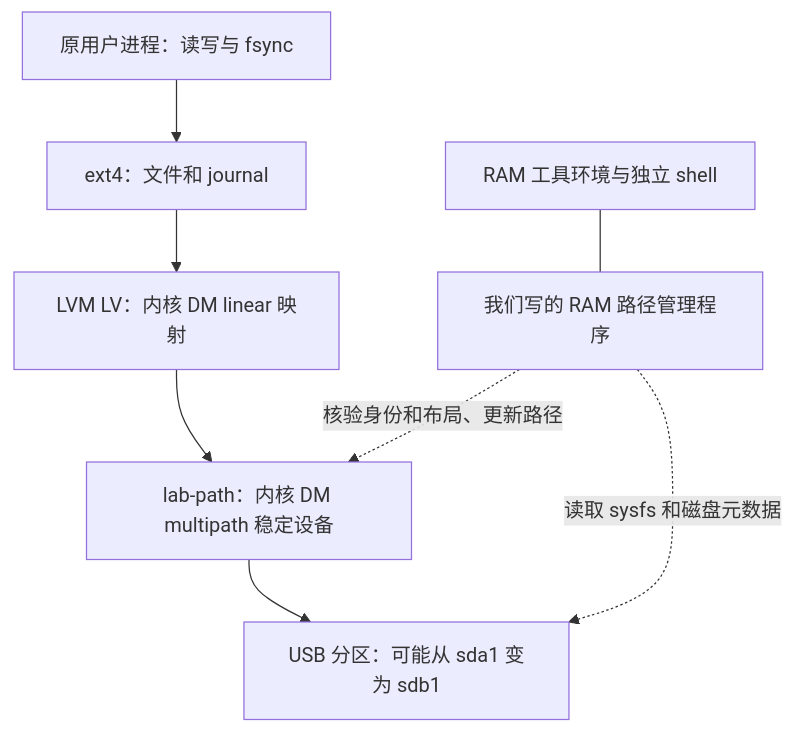
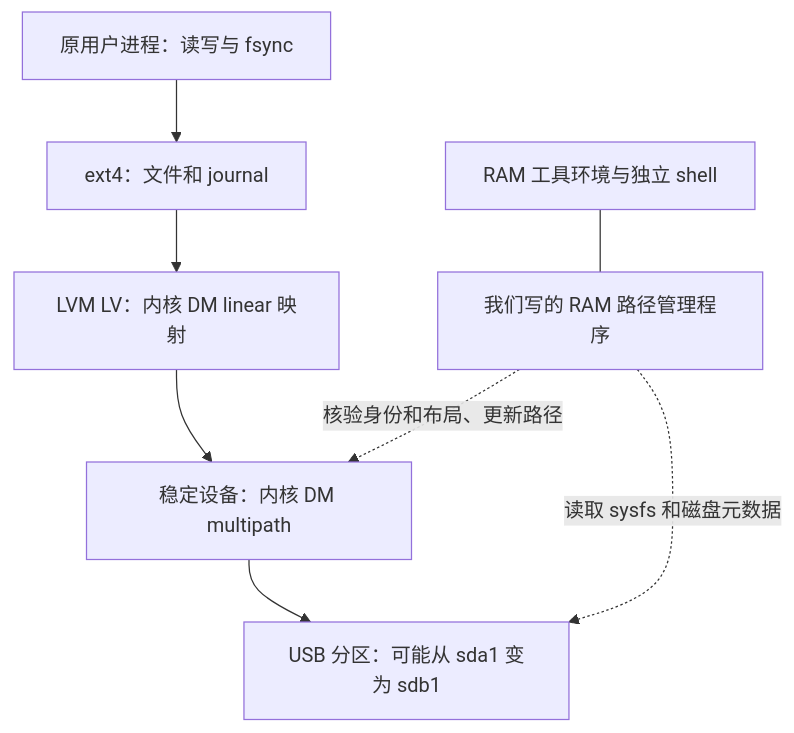
The diagram in ARCHITECTURE.md (zkdsgcxb/External-Memo-Rescue-Handler), drawn with Mermaid before and after one commit. The commit also changed other lines of this file and 42 other files, not shown here.

````diff
--- a/ARCHITECTURE.md
+++ b/ARCHITECTURE.md
@@ -28,10 +30,10 @@
 ```mermaid
 flowchart TD
     App[原用户进程：读写与 fsync] --> FS[ext4：文件和 journal]
     FS --> LV[LVM LV：内核 DM linear 映射]
-    LV --> Stable[lab-path：内核 DM multipath 稳定设备]
+    LV --> Stable[稳定设备：内核 DM multipath]
     Stable --> USB[USB 分区：可能从 sda1 变为 sdb1]
     Guard[我们写的 RAM 路径管理程序] -. 核验身份和布局、更新路径 .-> Stable
     Guard -. 读取 sysfs 和磁盘元数据 .-> USB
     RAM[RAM 工具环境与独立 shell] --- Guard
 ```
````
